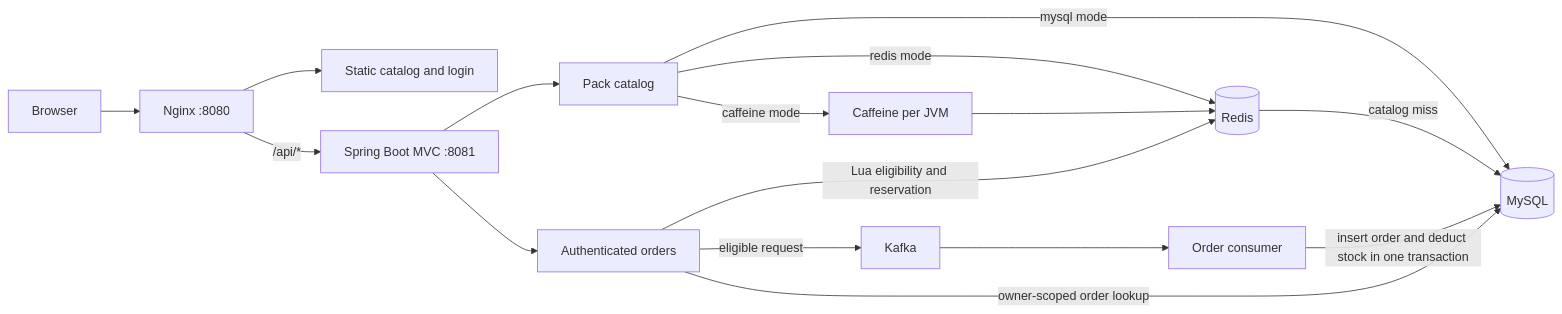
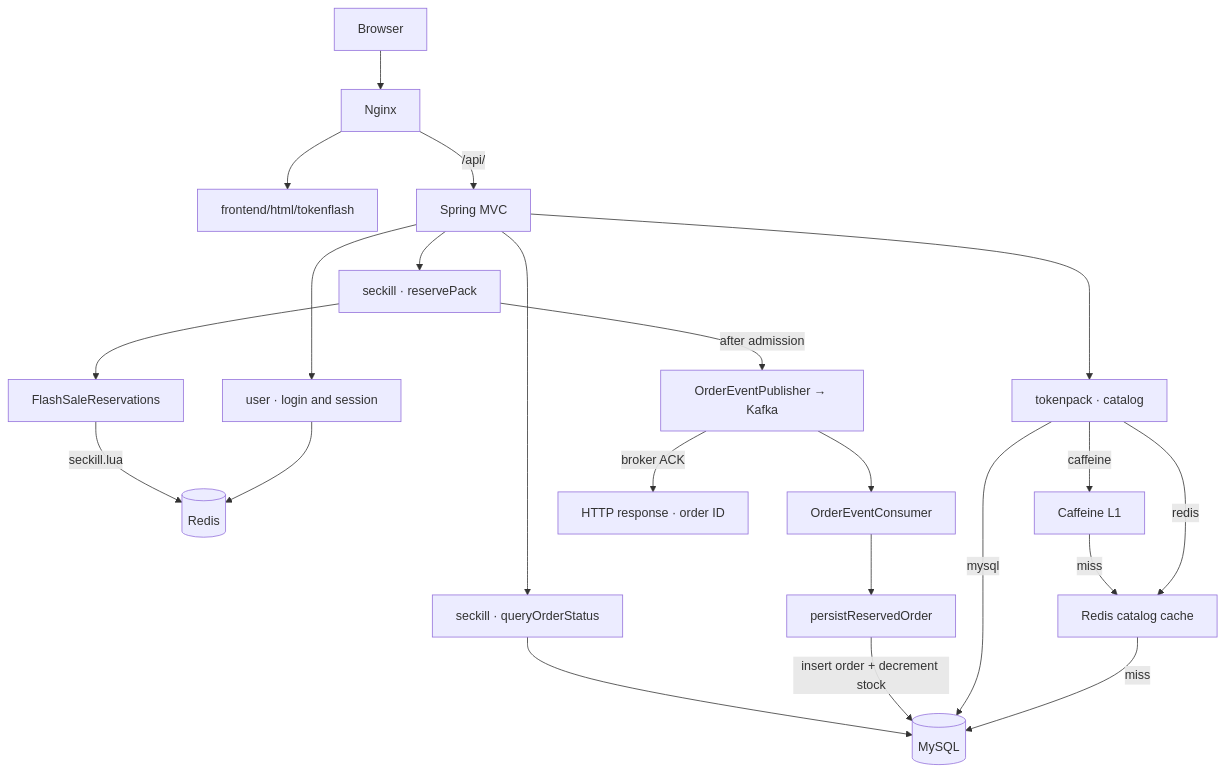
Before and after one commit to tommie-04/TokSeckill: the first of 2 diagrams in docs/architecture.en.md, drawn with Mermaid. The commit also changed other lines of this file and 3 other files, not shown here.

Commit message:
重建架构：同步中英文 README、请求流程图与业务目录图

````diff
--- a/docs/architecture.en.md
+++ b/docs/architecture.en.md
@@ -9,18 +24,24 @@
 ```mermaid
-flowchart LR
-    Browser --> Nginx["Nginx :8080"]
-    Nginx --> Pages["Static catalog and login"]
-    Nginx -->|"/api/*"| MVC["Spring Boot MVC :8081"]
-    MVC --> Catalog["Pack catalog"]
-    MVC --> Order["Authenticated orders"]
-    Catalog -->|caffeine mode| L1["Caffeine per JVM"]
-    Catalog -->|redis mode| Redis[(Redis)]
-    L1 --> Redis
-    Catalog -->|mysql mode| DB[(MySQL)]
-    Redis -->|catalog miss| DB
-    Order -->|Lua eligibility and reservation| Redis
-    Order -->|eligible request| Kafka
-    Kafka --> Worker["Order consumer"]
-    Worker -->|insert order and deduct stock in one transaction| DB
-    Order -->|owner-scoped order lookup| DB
+flowchart TD
+    B["Browser"] --> N["Nginx"]
+    N --> UI["frontend/html/tokenflash"]
+    N -->|"/api/"| M["Spring MVC"]
+    M --> U["user · login and session"]
+    U --> R[(Redis)]
+    M --> P["tokenpack · catalog"]
+    P -->|caffeine| C["Caffeine L1"]
+    P -->|redis| RC["Redis catalog cache"]
+    C -->|miss| RC
+    RC -->|miss| D[(MySQL)]
+    P -->|mysql| D
+    M --> S["seckill · reservePack"]
+    S --> G["FlashSaleReservations"]
+    G -->|"seckill.lua"| R
+    S -->|"after admission"| K["OrderEventPublisher → Kafka"]
+    K -->|"broker ACK"| ID["HTTP response · order ID"]
+    K --> L["OrderEventConsumer"]
+    L --> T["persistReservedOrder"]
+    T -->|"insert order + decrement stock"| D
+    M --> Q["seckill · queryOrderStatus"]
+    Q --> D
 ```
````
